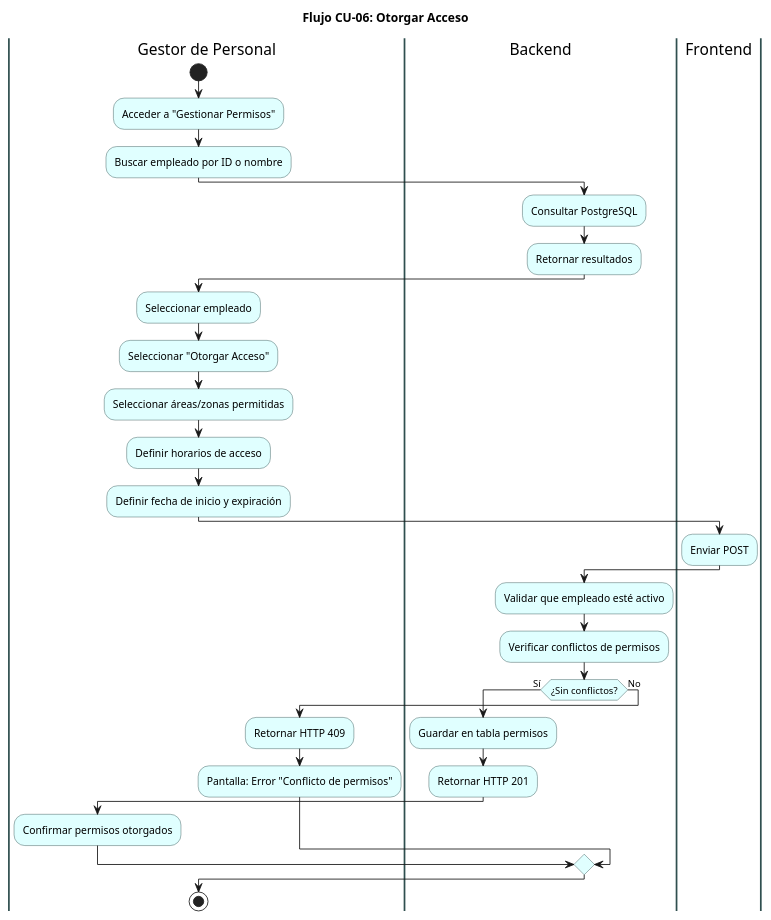
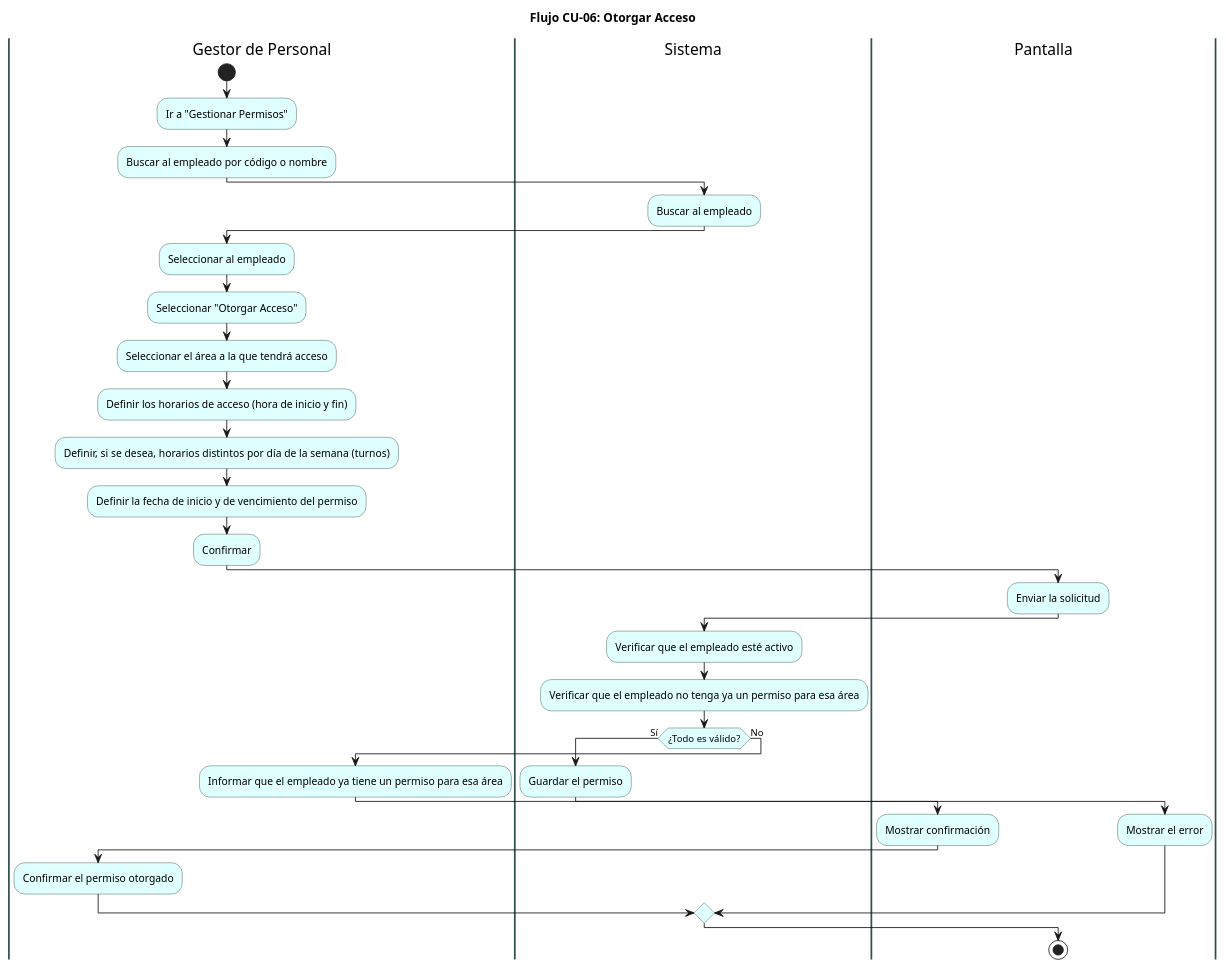
Before and after one commit to ElianMMCode/ZoneControl-Backend: the diagram in docs/diagramas/flujo/09_flujo_otorgar_acceso.puml, drawn with PlantUML. The commit also changed 21 other files, not shown here.

First line of the commit message:
docs(flujo): reescribir los 22 diagramas de flujo en lenguaje sencillo

```diff
--- a/docs/diagramas/flujo/09_flujo_otorgar_acceso.puml
+++ b/docs/diagramas/flujo/09_flujo_otorgar_acceso.puml
@@ -1,60 +1,60 @@
 @startuml
 title Flujo CU-06: Otorgar Acceso
 skinparam activity {
   BackgroundColor LightCyan
   BorderColor DarkSlateGray
 }
 skinparam swimlane {
   BorderColor DarkSlateGray
   BorderThickness 2
 }
 
 |Gestor de Personal|
 start
-:Acceder a "Gestionar Permisos";
+:Ir a "Gestionar Permisos";
 
-:Buscar empleado por ID o nombre;
+:Buscar al empleado por código o nombre;
 
-|Backend|
-:Consultar PostgreSQL;
-
-:Retornar resultados;
+|Sistema|
+:Buscar al empleado;
 
 |Gestor de Personal|
-:Seleccionar empleado;
+:Seleccionar al empleado;
 
 :Seleccionar "Otorgar Acceso";
 
-:Seleccionar áreas/zonas permitidas;
+:Seleccionar el área a la que tendrá acceso;
 
-:Definir horarios de acceso;
+:Definir los horarios de acceso (hora de inicio y fin);
 
-:Definir fecha de inicio y expiración;
+:Definir, si se desea, horarios distintos por día de la semana (turnos);
 
-|Frontend|
-:Enviar POST;
+:Definir la fecha de inicio y de vencimiento del permiso;
 
-|Backend|
-:Validar que empleado esté activo;
+:Confirmar;
 
-:Verificar conflictos de permisos;
+|Pantalla|
+:Enviar la solicitud;
 
-if (¿Sin conflictos?) then (Sí)
-  :Guardar en tabla permisos;
+|Sistema|
+:Verificar que el empleado esté activo;
 
-  :Retornar HTTP 201;
+:Verificar que el empleado no tenga ya un permiso para esa área;
+
+if (¿Todo es válido?) then (Sí)
+  :Guardar el permiso;
+
+  |Pantalla|
+  :Mostrar confirmación;
 
   |Gestor de Personal|
-  :Confirmar permisos otorgados;
-
+  :Confirmar el permiso otorgado;
 else (No)
-  :Retornar HTTP 409;
-
-  |Gestor de Personal|
-  :Pantalla: Error "Conflicto de permisos";
-
+  :Informar que el empleado ya tiene un permiso para esa área;
+  |Pantalla|
+  :Mostrar el error;
 endif
 
 stop
 
 @enduml
```
